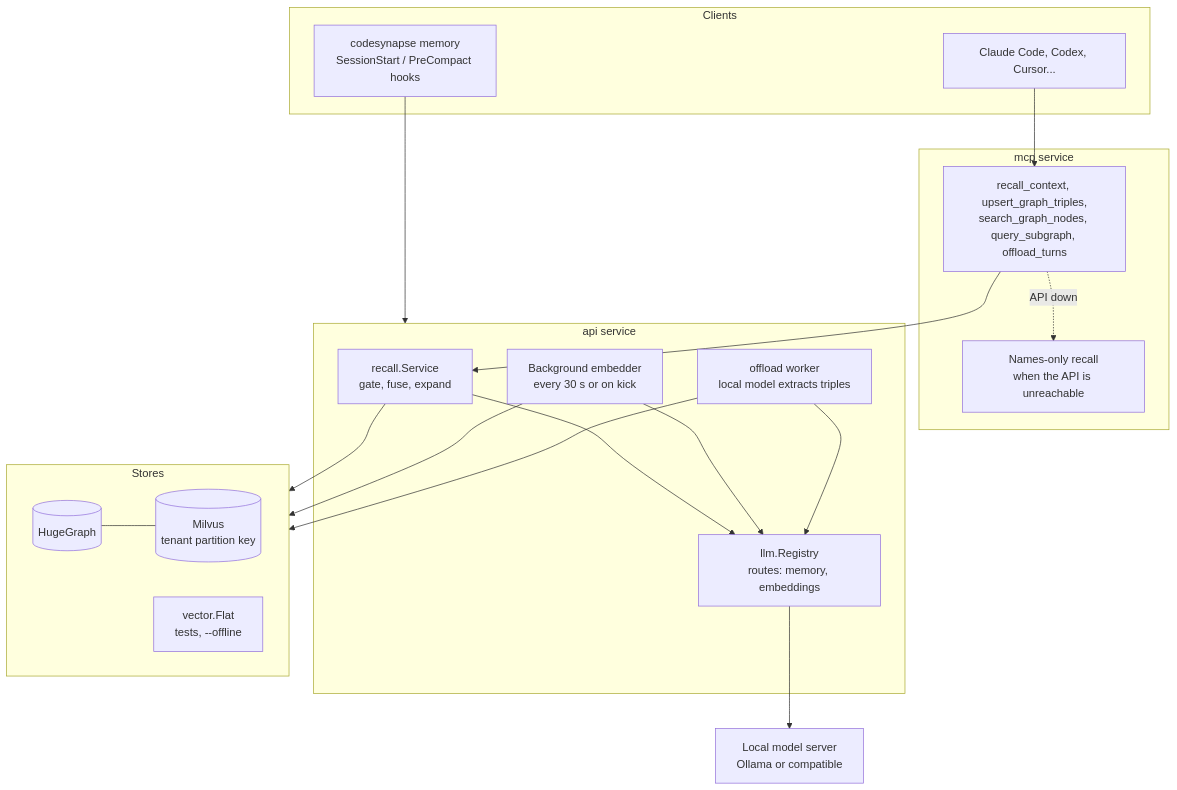
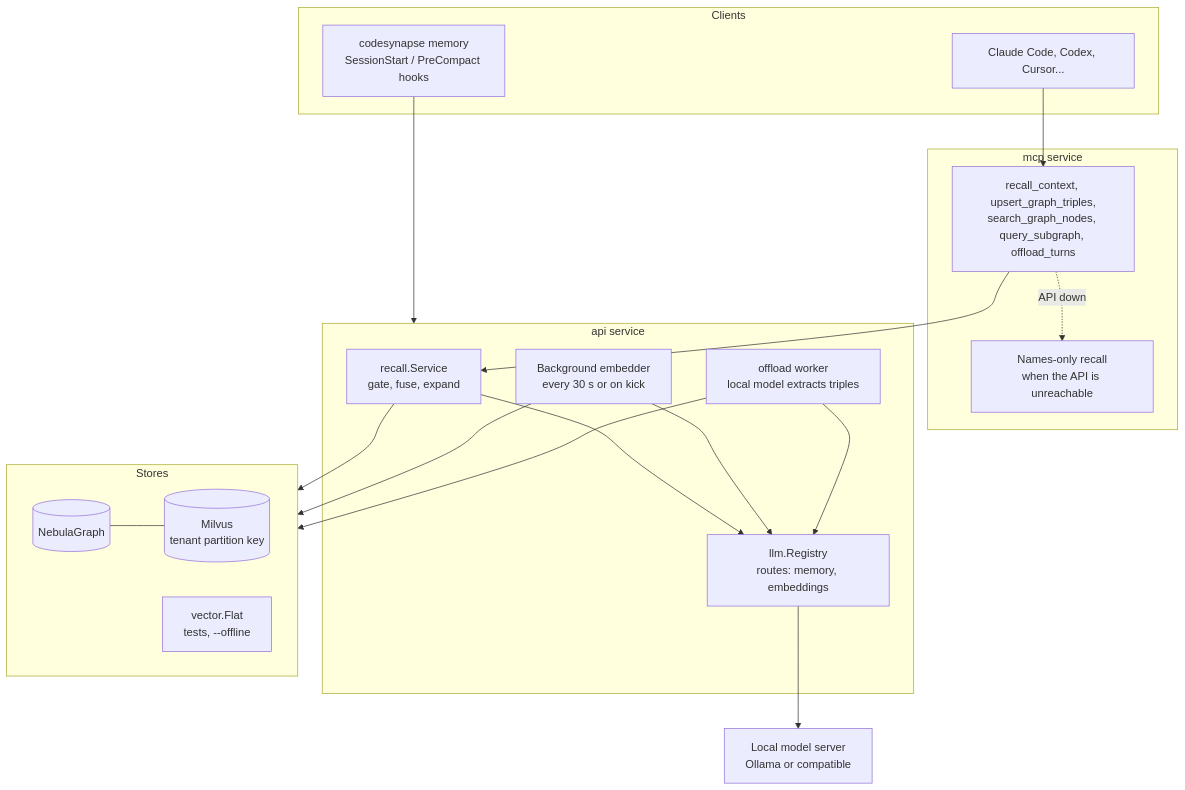
One commit to astrona-io/codesynapse changed the second of 5 diagrams in docs/architecture/retrieval-memory.md. Above: the diagram before and after it, drawn with Mermaid. The commit also changed other lines of this file and 75 other files, not shown here.

First line of the commit message:
feat!: NebulaGraph replaces HugeGraph (#317)

````diff
--- a/docs/architecture/retrieval-memory.md
+++ b/docs/architecture/retrieval-memory.md
@@ -49,36 +49,36 @@
 ```mermaid
 flowchart TB
     subgraph clients[Clients]
         cc[Claude Code, Codex, Cursor...]
         hooks[codesynapse memory<br/>SessionStart / PreCompact hooks]
     end
     subgraph mcp[mcp service]
         tools[recall_context, upsert_graph_triples,<br/>search_graph_nodes, query_subgraph, offload_turns]
         fallback[Names-only recall<br/>when the API is unreachable]
     end
     subgraph api[api service]
         recall[recall.Service<br/>gate, fuse, expand]
         embedder[Background embedder<br/>every 30 s or on kick]
         offload[offload worker<br/>local model extracts triples]
         llm[llm.Registry<br/>routes: memory, embeddings]
     end
     subgraph stores[Stores]
-        hg[(HugeGraph)]
+        hg[(NebulaGraph)]
         mv[(Milvus<br/>tenant partition key)]
         flat[vector.Flat<br/>tests, --offline]
     end
     local[Local model server<br/>Ollama or compatible]
 
     cc --> tools
     hooks --> api
     tools --> recall
     tools -. API down .-> fallback
     recall --> llm
     embedder --> llm
     offload --> llm
     llm --> local
     recall --> stores
     embedder --> stores
     offload --> stores
     hg --- mv
 ```
````
